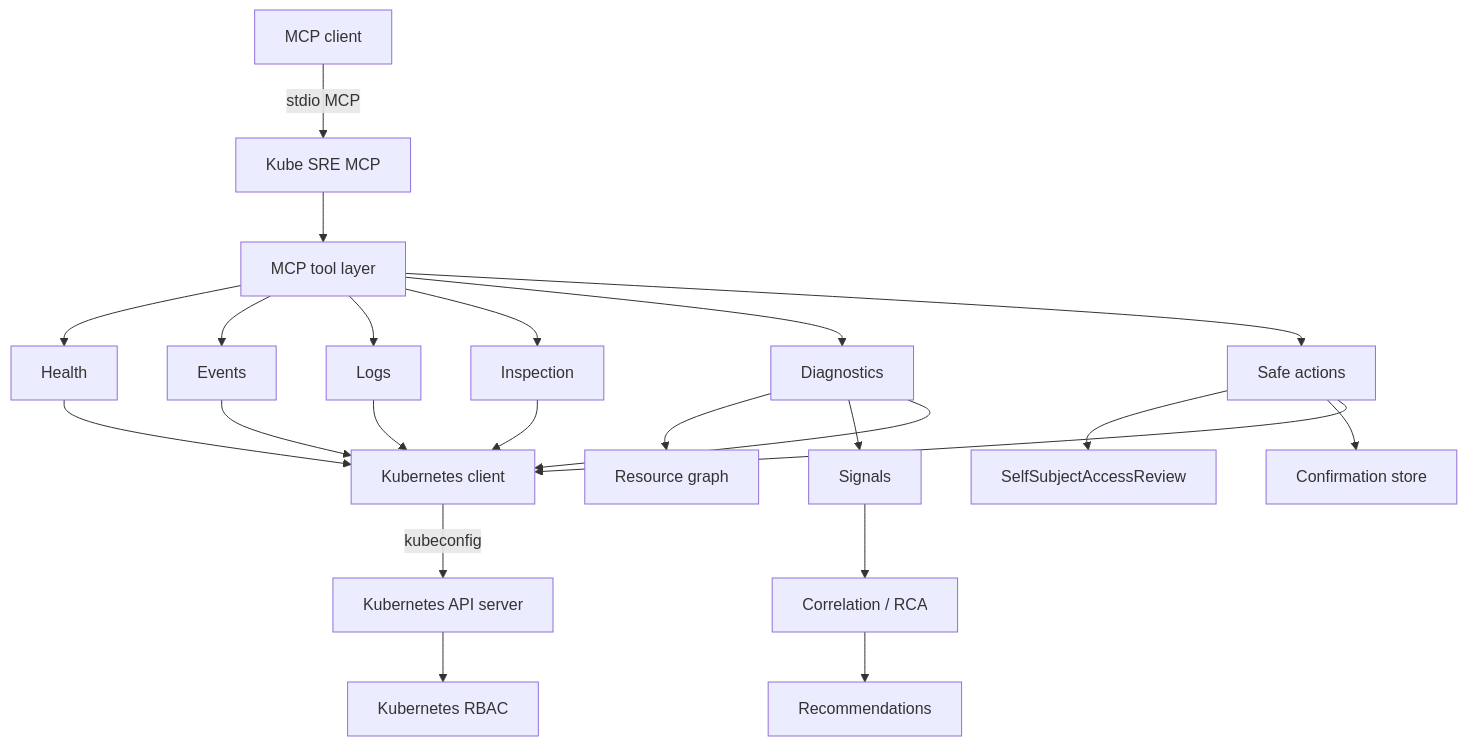
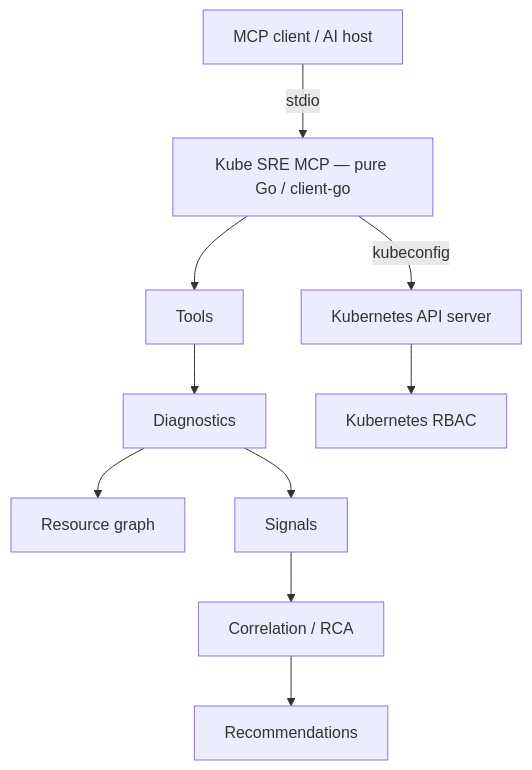
One commit to ielyaakouby/kube-sre-mcp changed the diagram in README.md. Above: the diagram before and after it, drawn with Mermaid. The commit also changed other lines of this file, not shown here.

Commit message:
docs: rewrite README for Go-native SRE diagnostics

````diff
--- a/README.md
+++ b/README.md
@@ -111,25 +131,12 @@
 ```mermaid
 flowchart TD
-  Client["MCP client"] -->|stdio MCP| KM["Kube SRE MCP"]
-  KM --> Tools["MCP tool layer"]
-  Tools --> Health["Health"]
-  Tools --> Ev["Events"]
-  Tools --> Logs["Logs"]
-  Tools --> Inspect["Inspection"]
+  Host["MCP client / AI host"] -->|stdio| S["Kube SRE MCP — pure Go / client-go"]
+  S --> Tools["Tools"]
   Tools --> Diag["Diagnostics"]
-  Tools --> Act["Safe actions"]
   Diag --> Graph["Resource graph"]
-  Diag --> Sig["Signals"]
-  Sig --> Corr["Correlation / RCA"]
-  Corr --> Rec["Recommendations"]
-  Act --> SSAR["SelfSubjectAccessReview"]
-  Act --> Confirm["Confirmation store"]
-  Health --> Kube["Kubernetes client"]
-  Ev --> Kube
-  Logs --> Kube
-  Inspect --> Kube
-  Diag --> Kube
-  Act --> Kube
-  Kube -->|kubeconfig| API["Kubernetes API server"]
+  Diag --> Signals["Signals"]
+  Signals --> RCA["Correlation / RCA"]
+  RCA --> Rec["Recommendations"]
+  S -->|kubeconfig| API["Kubernetes API server"]
   API --> RBAC["Kubernetes RBAC"]
 ```
````
